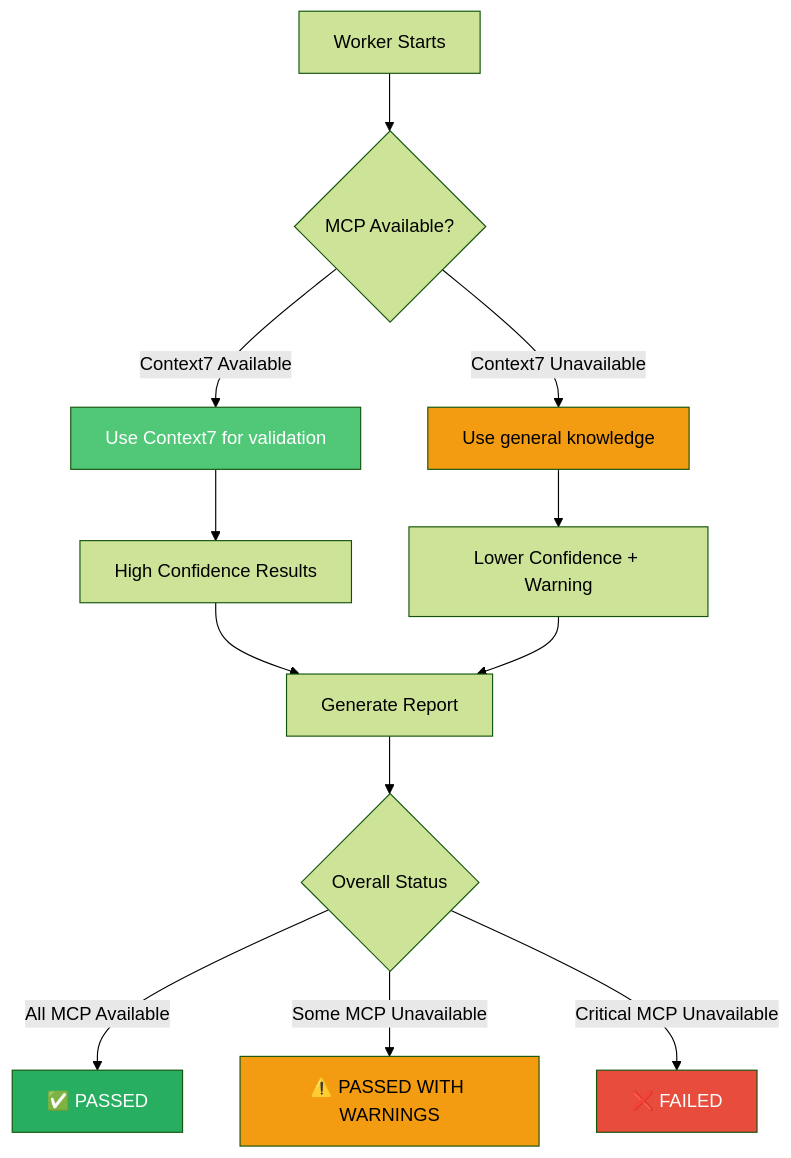
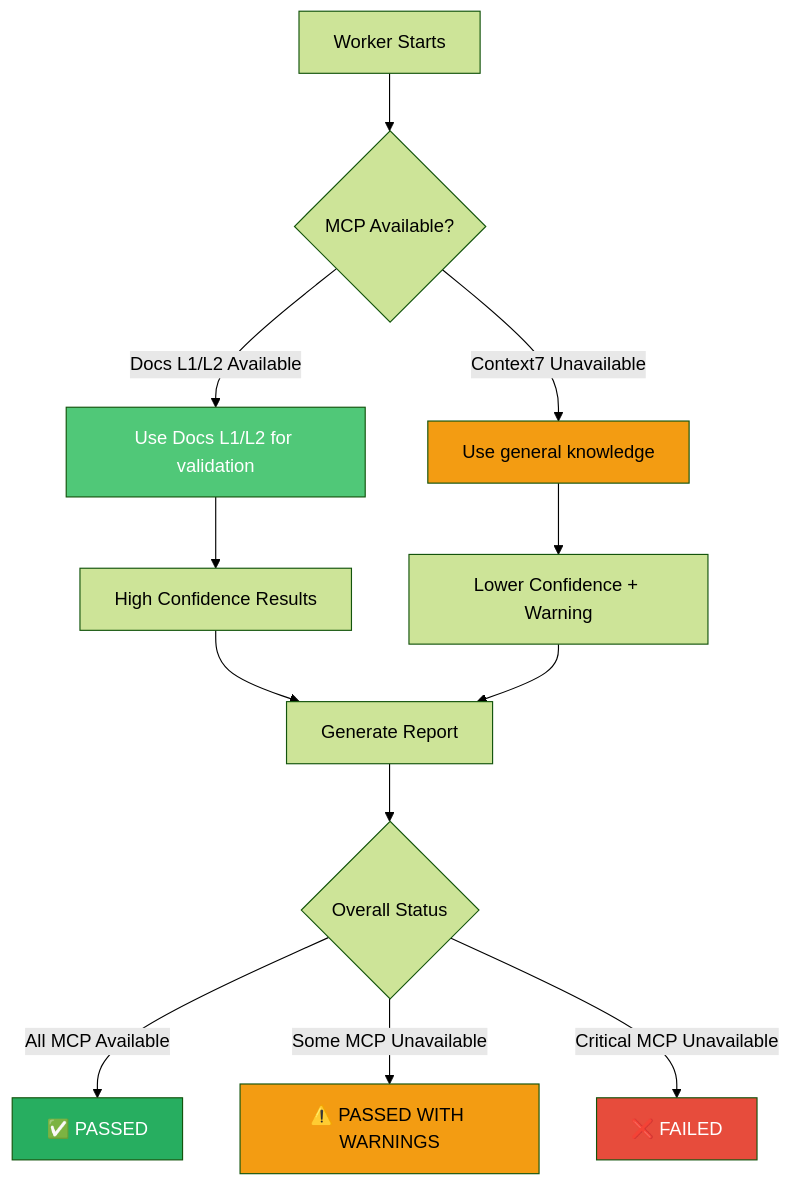
Diagram 15 of 18 in docs/ARCHITECTURE.md (maslennikov-ig/articles), drawn with Mermaid (forest theme) before and after one commit. The commit also changed other lines of this file and 58 other files, not shown here.

````diff
--- a/docs/ARCHITECTURE.md
+++ b/docs/ARCHITECTURE.md
@@ -575,24 +577,24 @@
 ```mermaid
 graph TD
     Start[Worker Starts] --> CheckMCP{MCP Available?}
 
-    CheckMCP -->|Context7 Available| UseContext7[Use Context7 for validation]
+    CheckMCP -->|Docs L1/L2 Available| UseDocsContext[Use Docs L1/L2 for validation]
     CheckMCP -->|Context7 Unavailable| Fallback[Use general knowledge]
 
-    UseContext7 --> HighConfidence[High Confidence Results]
+    UseDocsContext --> HighConfidence[High Confidence Results]
     Fallback --> LowerConfidence[Lower Confidence + Warning]
 
     HighConfidence --> Report[Generate Report]
     LowerConfidence --> Report
 
     Report --> Status{Overall Status}
     Status -->|All MCP Available| FullSuccess[✅ PASSED]
     Status -->|Some MCP Unavailable| PartialSuccess[⚠️ PASSED WITH WARNINGS]
     Status -->|Critical MCP Unavailable| Failure[❌ FAILED]
 
-    style UseContext7 fill:#50C878,color:#fff
+    style UseDocsContext fill:#50C878,color:#fff
     style Fallback fill:#F39C12
     style FullSuccess fill:#27AE60,color:#fff
     style PartialSuccess fill:#F39C12
     style Failure fill:#E74C3C,color:#fff
 ```
````
